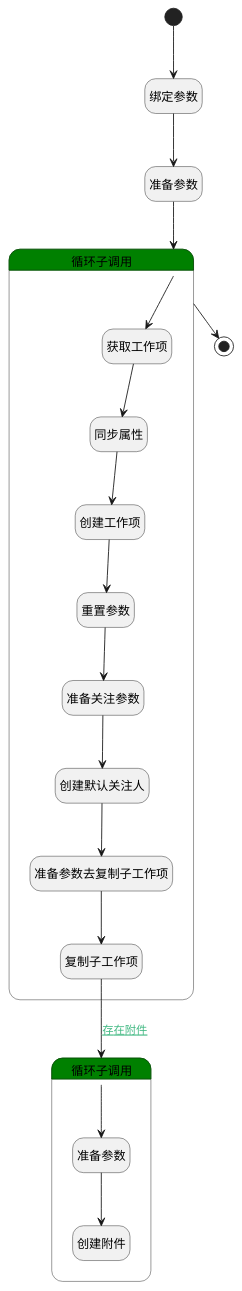
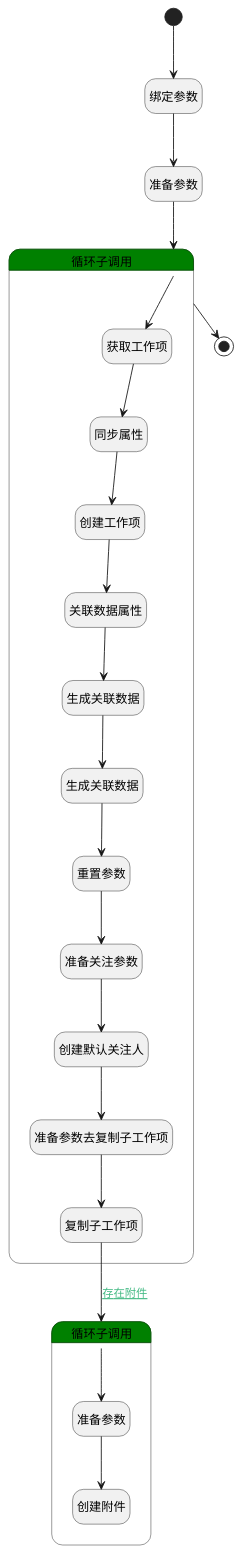
One commit to iBizLab/plm changed the diagram in doc/docsify/module/ProjMgmt/work_item/logic/copy_work_item.md. Above: the diagram before and after it, drawn with PlantUML. The commit also changed other lines of this file and 1068 other files, not shown here.

````diff
--- a/doc/docsify/module/ProjMgmt/work_item/logic/copy_work_item.md
+++ b/doc/docsify/module/ProjMgmt/work_item/logic/copy_work_item.md
@@ -7,49 +7,55 @@
 ```plantuml
 @startuml
 hide empty description
 <style>
 root {
   HyperlinkColor #42b983
 }
 </style>
 
 hide empty description
 state "开始" as Begin <<start>> [[$./copy_work_item#begin {"开始"}]]
 state "绑定参数" as BINDPARAM1  [[$./copy_work_item#bindparam1 {"绑定参数"}]]
 state "准备参数" as PREPAREPARAM5  [[$./copy_work_item#prepareparam5 {"准备参数"}]]
 state "结束" as END1 <<end>> [[$./copy_work_item#end1 {"结束"}]]
 state "循环子调用" as LOOPSUBCALL1  [[$./copy_work_item#loopsubcall1 {"循环子调用"}]] #green {
 state "获取工作项" as DEACTION4  [[$./copy_work_item#deaction4 {"获取工作项"}]]
 state "同步属性" as PREPAREPARAM2  [[$./copy_work_item#prepareparam2 {"同步属性"}]]
 state "创建工作项" as DEACTION1  [[$./copy_work_item#deaction1 {"创建工作项"}]]
+state "关联数据属性" as PREPAREPARAM8  [[$./copy_work_item#prepareparam8 {"关联数据属性"}]]
+state "生成关联数据" as DEACTION6  [[$./copy_work_item#deaction6 {"生成关联数据"}]]
+state "生成关联数据" as DEACTION7  [[$./copy_work_item#deaction7 {"生成关联数据"}]]
 state "重置参数" as RESETPARAM1  [[$./copy_work_item#resetparam1 {"重置参数"}]]
 state "准备关注参数" as PREPAREPARAM7  [[$./copy_work_item#prepareparam7 {"准备关注参数"}]]
 state "创建默认关注人" as DEACTION5  [[$./copy_work_item#deaction5 {"创建默认关注人"}]]
 state "准备参数去复制子工作项" as PREPAREPARAM6  [[$./copy_work_item#prepareparam6 {"准备参数去复制子工作项"}]]
 state "复制子工作项" as DELOGIC1  [[$./copy_work_item#delogic1 {"复制子工作项"}]]
 }
 state "循环子调用" as LOOPSUBCALL2  [[$./copy_work_item#loopsubcall2 {"循环子调用"}]] #green {
 state "准备参数" as PREPAREPARAM4  [[$./copy_work_item#prepareparam4 {"准备参数"}]]
 state "创建附件" as DEACTION3  [[$./copy_work_item#deaction3 {"创建附件"}]]
 }
 
 
 Begin --> BINDPARAM1
 BINDPARAM1 --> PREPAREPARAM5
 PREPAREPARAM5 --> LOOPSUBCALL1
 LOOPSUBCALL1 --> DEACTION4
 DEACTION4 --> PREPAREPARAM2
 PREPAREPARAM2 --> DEACTION1
-DEACTION1 --> RESETPARAM1
+DEACTION1 --> PREPAREPARAM8
+PREPAREPARAM8 --> DEACTION6
+DEACTION6 --> DEACTION7
+DEACTION7 --> RESETPARAM1
 RESETPARAM1 --> PREPAREPARAM7
 PREPAREPARAM7 --> DEACTION5
 DEACTION5 --> PREPAREPARAM6
 PREPAREPARAM6 --> DELOGIC1
 DELOGIC1 --> LOOPSUBCALL2 : [[$./copy_work_item#delogic1-loopsubcall2{存在附件} 存在附件]]
 LOOPSUBCALL2 --> PREPAREPARAM4
 PREPAREPARAM4 --> DEACTION3
 LOOPSUBCALL1 --> END1
 
 
 @enduml
 ```
````
